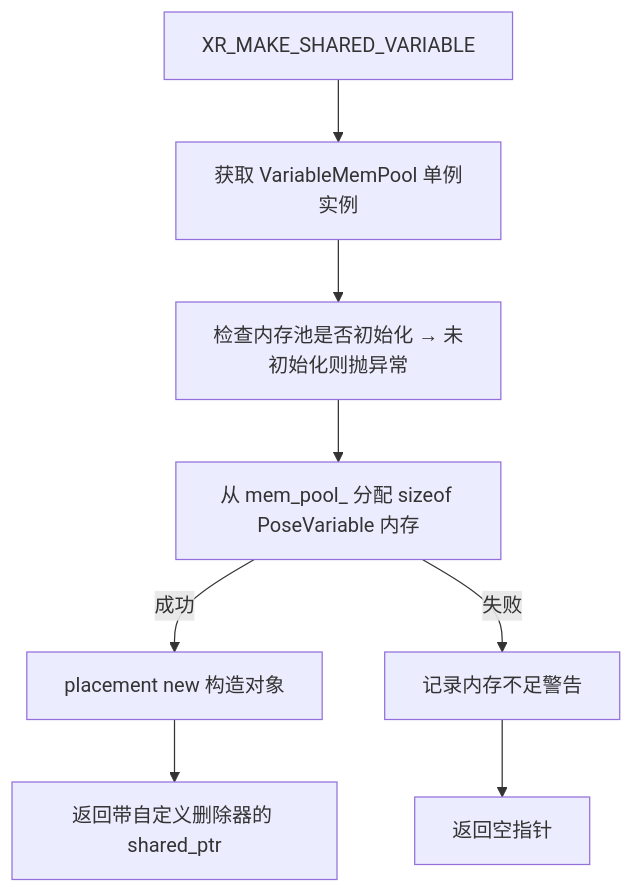
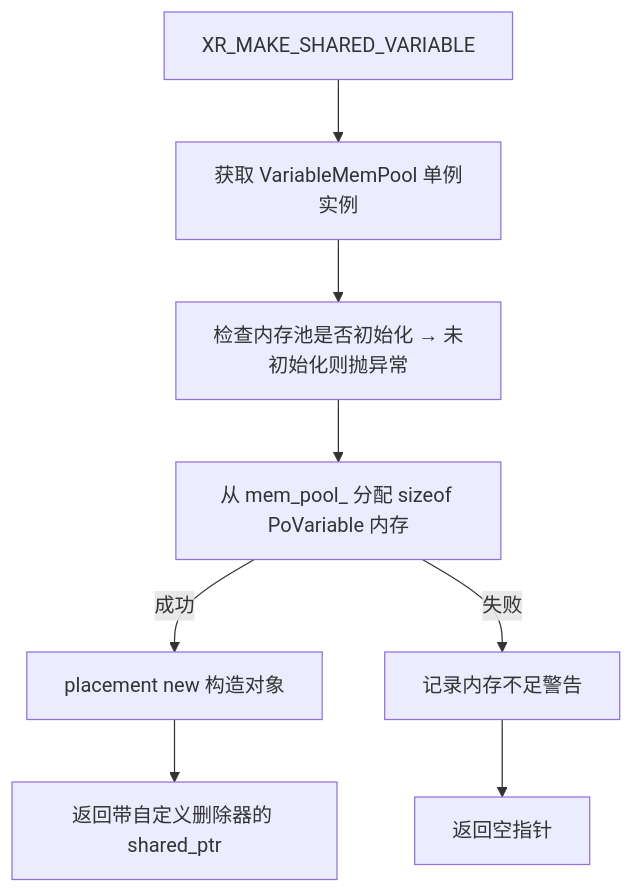
Before and after one commit to huzixuan1/iodraw-files: the diagram in all/未命名-5.md, drawn with Mermaid.

Commit message:
2025-05-21 17:02:51 update

````diff
--- a/all/未命名-5.md
+++ b/all/未命名-5.md
@@ -1,16 +1,16 @@
 ```mermaid
 graph TD
   A[XR_MAKE_SHARED_VARIABLE]
   B[获取 VariableMemPool 单例实例]
   C[检查内存池是否初始化 → 未初始化则抛异常]
-  D[从 mem_pool_ 分配 sizeof PoseVariable 内存]
+  D[从 mem_pool_ 分配 sizeof PoVariable 内存]
   E1[placement new 构造对象]
   E2[记录内存不足警告]
   F1[返回带自定义删除器的 shared_ptr]
   F2[返回空指针]
 
   A --> B --> C --> D
   D -->|成功| E1 --> F1
   D -->|失败| E2 --> F2
 
 ```
````
